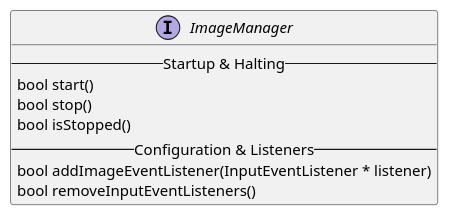
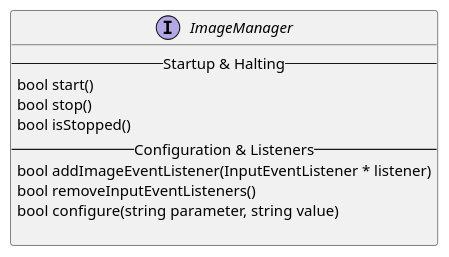
The diagram in en/camera-management/image-manager.md (asrob-uc3m/robotDevastation-developer-manual), drawn with PlantUML before and after one commit. The commit also changed other lines of this file, not shown here.

```diff
--- a/en/camera-management/image-manager.md
+++ b/en/camera-management/image-manager.md
@@ -4,11 +4,13 @@
 {% plantuml %}
 interface ImageManager {
 --Startup & Halting--
 bool start()
 bool stop()
 bool isStopped()
 -- Configuration & Listeners --
 bool addImageEventListener(InputEventListener * listener)
 bool removeInputEventListeners()
+bool configure(string parameter, string value)
+
 }
 {% endplantuml %}
```
